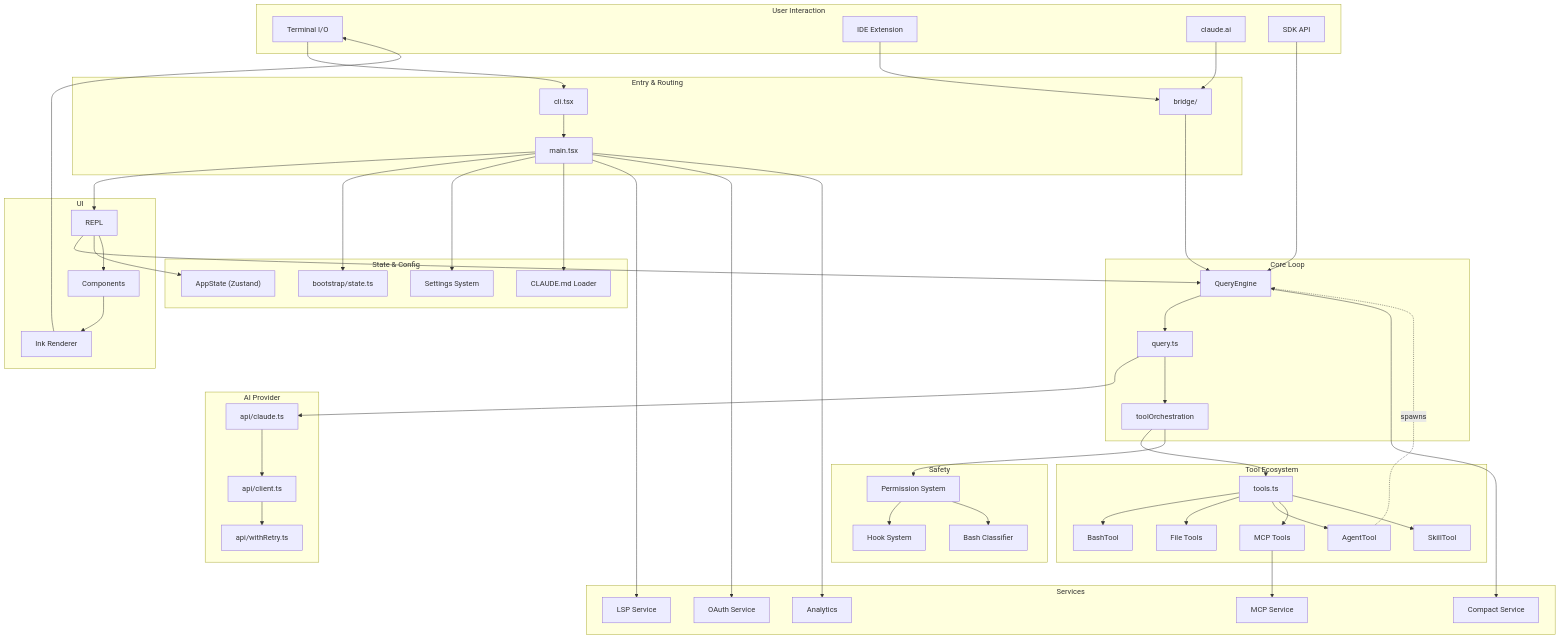
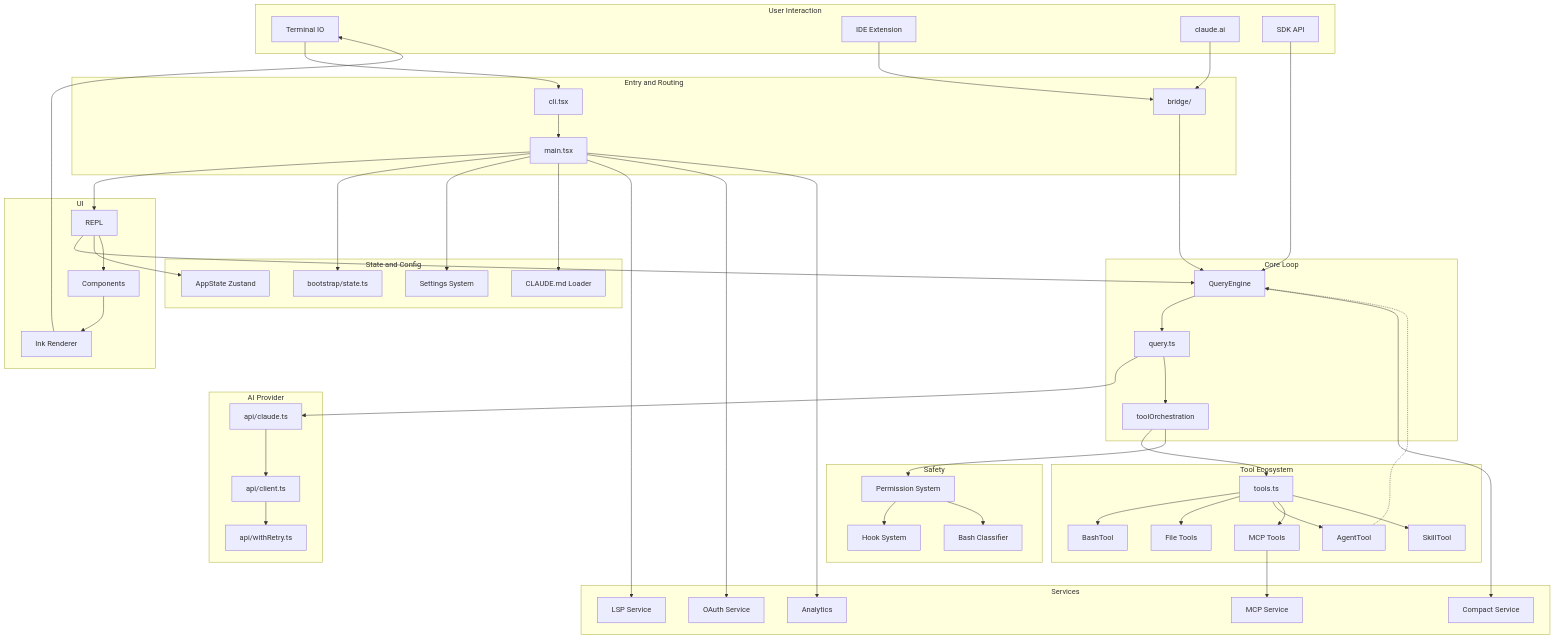
The ninth of 9 diagrams in docs/reverse-engineering/20260331/10-data-flow-and-state-machines.md (vitaszhang/opened-claude-code), drawn with Mermaid before and after one commit. The commit also changed other lines of this file and 4 other files, not shown here.

Commit message:
fix mermaid brokens

````diff
--- a/docs/reverse-engineering/20260331/10-data-flow-and-state-machines.md
+++ b/docs/reverse-engineering/20260331/10-data-flow-and-state-machines.md
@@ -551,28 +431,28 @@
 ```mermaid
 graph TB
     subgraph "User Interaction"
-        Terminal["Terminal I/O"]
+        Terminal["Terminal IO"]
         IDE["IDE Extension"]
         WebApp["claude.ai"]
-        SDK_API["SDK API"]
+        SDKAPI["SDK API"]
     end
 
-    subgraph "Entry & Routing"
-        CLI["cli.tsx"]
-        Main["main.tsx"]
-        Bridge["bridge/"]
+    subgraph "Entry and Routing"
+        CLIEntry["cli.tsx"]
+        MainEntry["main.tsx"]
+        BridgeEntry["bridge/"]
     end
 
     subgraph "Core Loop"
-        QE["QueryEngine"]
-        Query["query.ts"]
+        QEngine["QueryEngine"]
+        QueryLoop["query.ts"]
         ToolOrch["toolOrchestration"]
     end
 
     subgraph "AI Provider"
         APIClient["api/client.ts"]
-        Claude["api/claude.ts"]
-        Retry["api/withRetry.ts"]
+        ClaudeAPI["api/claude.ts"]
+        RetryLogic["api/withRetry.ts"]
     end
 
     subgraph "Tool Ecosystem"
@@ -586,51 +466,60 @@
 
     subgraph "Safety"
         PermSys["Permission System"]
-        Hooks["Hook System"]
-        Classifier["Bash Classifier"]
+        HookSys["Hook System"]
+        BashClassifier["Bash Classifier"]
     end
 
-    subgraph "State & Config"
-        AppState2["AppState (Zustand)"]
+    subgraph "State and Config"
+        AppStore["AppState Zustand"]
         BootState["bootstrap/state.ts"]
-        Settings["Settings System"]
-        ClaudeMD["CLAUDE.md Loader"]
+        SettingsSys["Settings System"]
+        ClaudeMDLoader["CLAUDE.md Loader"]
     end
 
     subgraph "Services"
-        MCP_Svc["MCP Service"]
-        LSP_Svc["LSP Service"]
-        OAuth_Svc["OAuth Service"]
-        Compact_Svc["Compact Service"]
-        Analytics_Svc["Analytics"]
+        MCPSvc["MCP Service"]
+        LSPSvc["LSP Service"]
+        OAuthSvc["OAuth Service"]
+        CompactSvc["Compact Service"]
+        AnalyticsSvc["Analytics"]
     end
 
     subgraph "UI"
-        REPL2["REPL"]
-        Components4["Components"]
-        InkRender["Ink Renderer"]
+        REPLComp["REPL"]
+        UIComponents["Components"]
+        InkRenderer["Ink Renderer"]
     end
 
-    Terminal --> CLI --> Main --> REPL2
-    IDE --> Bridge --> QE
-    WebApp --> Bridge
-    SDK_API --> QE
+    Terminal --> CLIEntry --> MainEntry --> REPLComp
+    IDE --> BridgeEntry --> QEngine
+    WebApp --> BridgeEntry
+    SDKAPI --> QEngine
 
-    REPL2 --> QE --> Query
-    Query --> Claude --> APIClient --> Retry
-    Query --> ToolOrch --> ToolReg
+    REPLComp --> QEngine --> QueryLoop
+    QueryLoop --> ClaudeAPI --> APIClient --> RetryLogic
+    QueryLoop --> ToolOrch --> ToolReg
 
-    ToolReg --> BashT & FileT & AgentT & MCPT & SkillT
+    ToolReg --> BashT
+    ToolReg --> FileT
+    ToolReg --> AgentT
+    ToolReg --> MCPT
+    ToolReg --> SkillT
     ToolOrch --> PermSys
-    PermSys --> Hooks & Classifier
+    PermSys --> HookSys
+    PermSys --> BashClassifier
 
-    REPL2 --> AppState2
-    Main --> BootState & Settings & ClaudeMD
-    QE --> Compact_Svc
-    MCPT --> MCP_Svc
-    Main --> LSP_Svc & OAuth_Svc & Analytics_Svc
+    REPLComp --> AppStore
+    MainEntry --> BootState
+    MainEntry --> SettingsSys
+    MainEntry --> ClaudeMDLoader
+    QEngine --> CompactSvc
+    MCPT --> MCPSvc
+    MainEntry --> LSPSvc
+    MainEntry --> OAuthSvc
+    MainEntry --> AnalyticsSvc
 
-    REPL2 --> Components4 --> InkRender --> Terminal
+    REPLComp --> UIComponents --> InkRenderer --> Terminal
 
-    AgentT -.->|spawns| QE
+    AgentT -.-> QEngine
 ```
````
